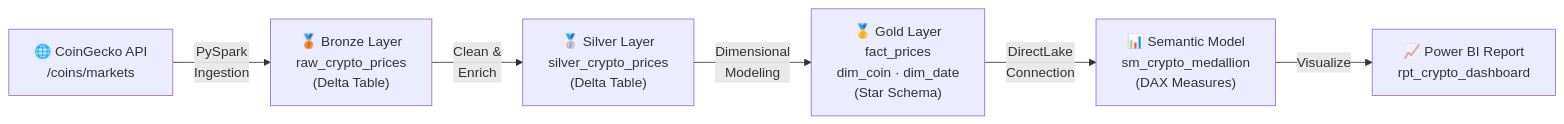
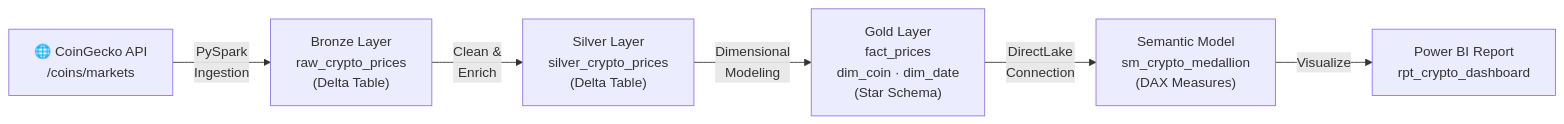
The first of 2 diagrams in README.md (amxavier/fabric-lakehouse-portfolio), drawn with Mermaid before and after one commit. The commit also changed other lines of this file, not shown here.

Commit message:
Update README to remove emojis and simplify text

````diff
--- a/README.md
+++ b/README.md
@@ -15,15 +15,15 @@
 ```mermaid
 flowchart LR
     API["🌐 CoinGecko API\n/coins/markets"]
-    B["🥉 Bronze Layer\nraw_crypto_prices\n(Delta Table)"]
-    S["🥈 Silver Layer\nsilver_crypto_prices\n(Delta Table)"]
-    G["🥇 Gold Layer\nfact_prices\ndim_coin · dim_date\n(Star Schema)"]
-    SM["📊 Semantic Model\nsm_crypto_medallion\n(DAX Measures)"]
-    PBI["📈 Power BI Report\nrpt_crypto_dashboard"]
+    B["Bronze Layer\nraw_crypto_prices\n(Delta Table)"]
+    S["Silver Layer\nsilver_crypto_prices\n(Delta Table)"]
+    G["Gold Layer\nfact_prices\ndim_coin · dim_date\n(Star Schema)"]
+    SM["Semantic Model\nsm_crypto_medallion\n(DAX Measures)"]
+    PBI["Power BI Report\nrpt_crypto_dashboard"]
 
     API -->|"PySpark\nIngestion"| B
     B -->|"Clean &\nEnrich"| S
     S -->|"Dimensional\nModeling"| G
     G -->|"DirectLake\nConnection"| SM
     SM -->|"Visualize"| PBI
 ```
````
